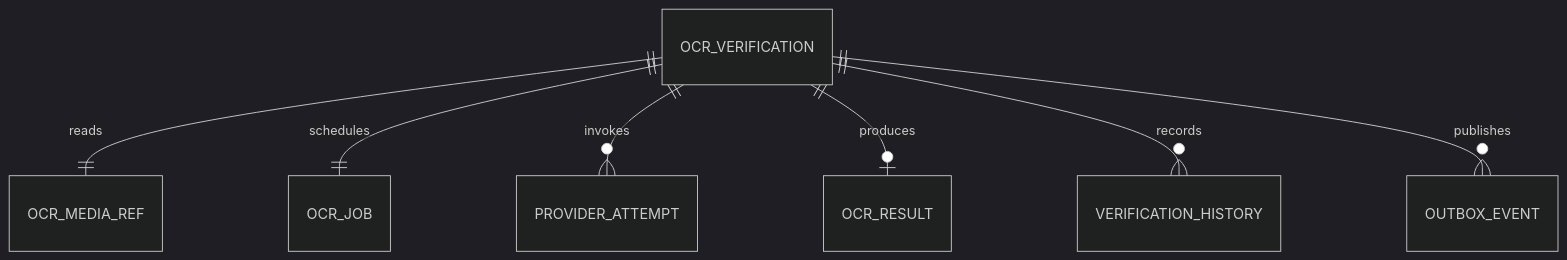
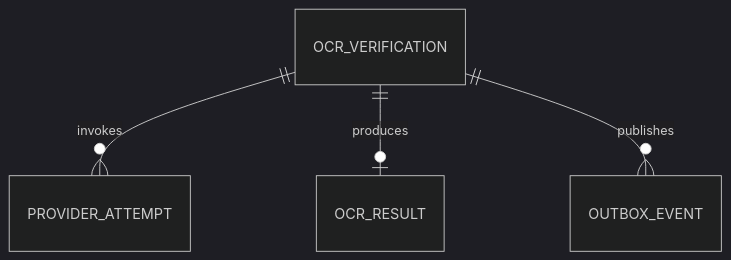
The fifth of 5 diagrams in noxh.md (huynv-xyz/vhm), drawn with Mermaid (dark theme) before and after one commit. The commit also changed other lines of this file, not shown here.

````diff
--- a/noxh.md
+++ b/noxh.md
@@ -406,9 +404,6 @@
 ```mermaid
 erDiagram
-    OCR_VERIFICATION ||--|| OCR_MEDIA_REF : reads
-    OCR_VERIFICATION ||--|| OCR_JOB : schedules
     OCR_VERIFICATION ||--o{ PROVIDER_ATTEMPT : invokes
     OCR_VERIFICATION ||--o| OCR_RESULT : produces
-    OCR_VERIFICATION ||--o{ VERIFICATION_HISTORY : records
     OCR_VERIFICATION ||--o{ OUTBOX_EVENT : publishes
 ```
````
